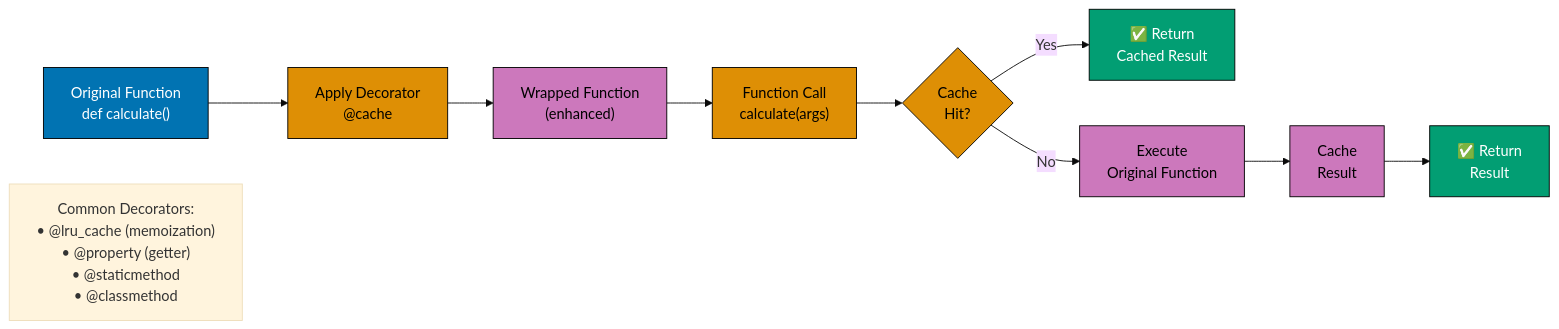
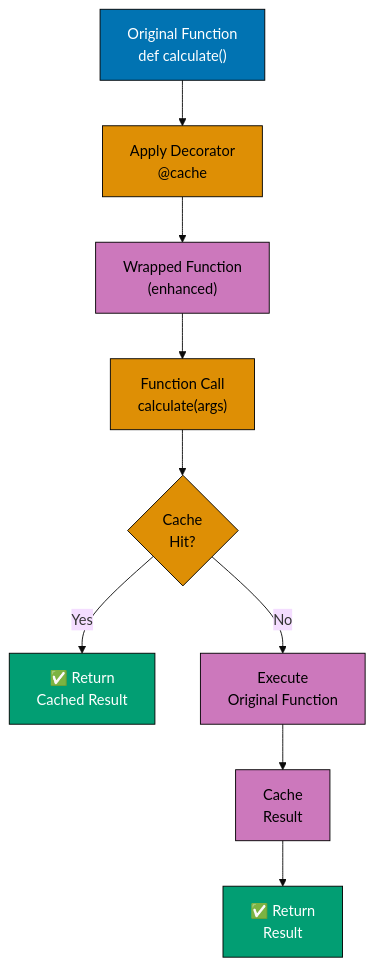
Before and after one commit to wahidyankf/ose-primer: the third of 7 diagrams in docs/explanation/software-engineering/programming-languages/python/idioms.md, drawn with Mermaid (base theme). The commit also changed other lines of this file and 12 other files, not shown here.

Commit message:
fix(docs): fix mermaid violations in python/ docs (batch 2/10)

````diff
--- a/docs/explanation/software-engineering/programming-languages/python/idioms.md
+++ b/docs/explanation/software-engineering/programming-languages/python/idioms.md
@@ -536,26 +516,24 @@
 ```mermaid
 %% Color Palette: Blue #0173B2, Orange #DE8F05, Teal #029E73, Purple #CC78BC
 %% All colors are color-blind friendly and meet WCAG AA contrast standards
 
-graph LR
+graph TD
     A["Original Function<br/>def calculate()"]:::blue --> B["Apply Decorator<br/>@cache"]:::orange
 
     B --> C["Wrapped Function<br/>(enhanced)"]:::purple
 
     C --> D["Function Call<br/>calculate(args)"]:::orange
 
     D --> E{"Cache<br/>Hit?"}:::orange
 
     E -->|"Yes"| F["✅ Return<br/>Cached Result"]:::teal
     E -->|"No"| G["Execute<br/>Original Function"]:::purple
 
     G --> H["Cache<br/>Result"]:::purple
     H --> I["✅ Return<br/>Result"]:::teal
 
-    Note["Common Decorators:<br/>• @lru_cache (memoization)<br/>• @property (getter)<br/>• @staticmethod<br/>• @classmethod"]
-
     classDef blue fill:#0173B2,stroke:#000,color:#fff
     classDef orange fill:#DE8F05,stroke:#000,color:#000
     classDef teal fill:#029E73,stroke:#000,color:#fff
     classDef purple fill:#CC78BC,stroke:#000,color:#000
 ```
````
